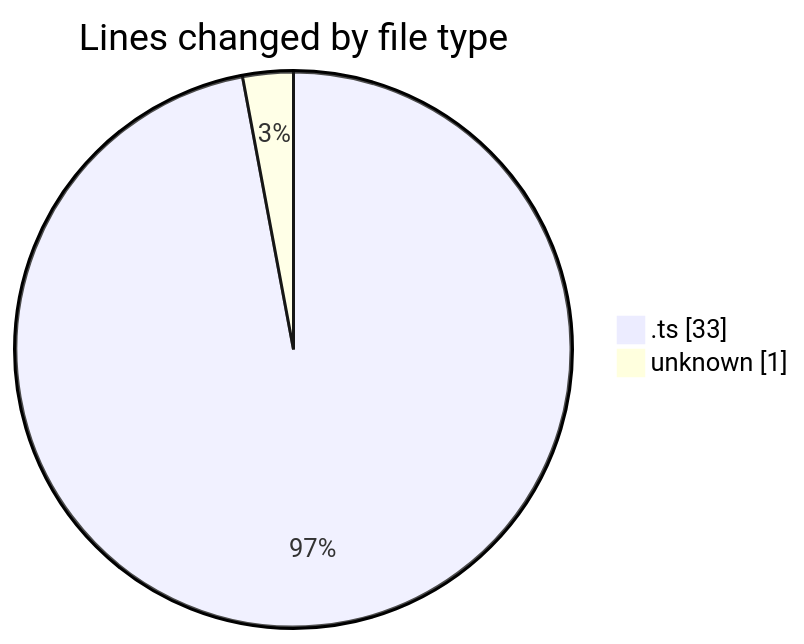
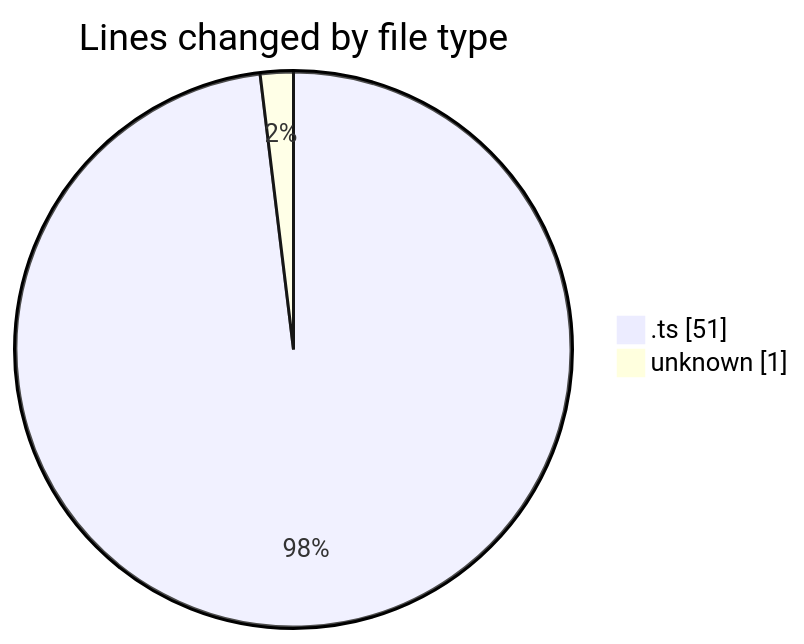
One commit to robertbonfada/code-tracking changed the first of 2 diagrams in 2025-02-17/mbc-web/README.md. Above: the diagram before and after it, drawn with Mermaid. The commit also changed other lines of this file and 1 other file, not shown here.

````diff
--- a/2025-02-17/mbc-web/README.md
+++ b/2025-02-17/mbc-web/README.md
@@ -23,6 +23,6 @@
 ```mermaid
 pie showData
 title Lines changed by file type
-".ts" : 33
+".ts" : 51
 "unknown" : 1
 ```
````
